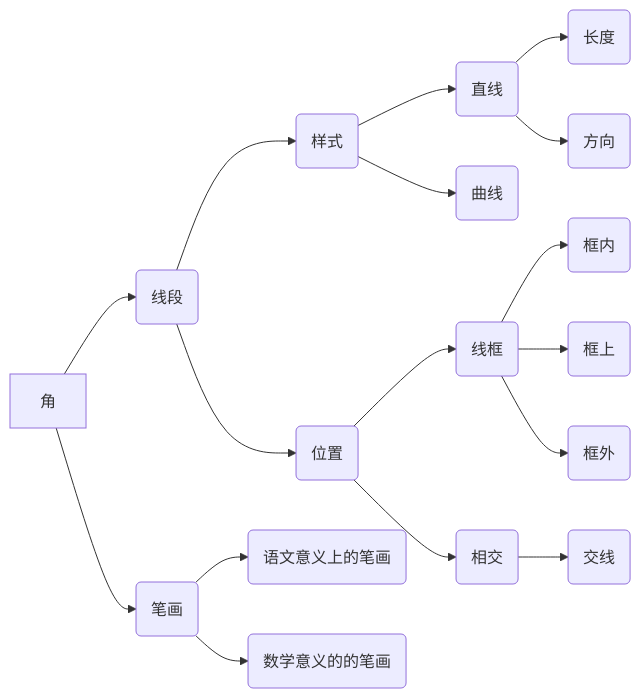
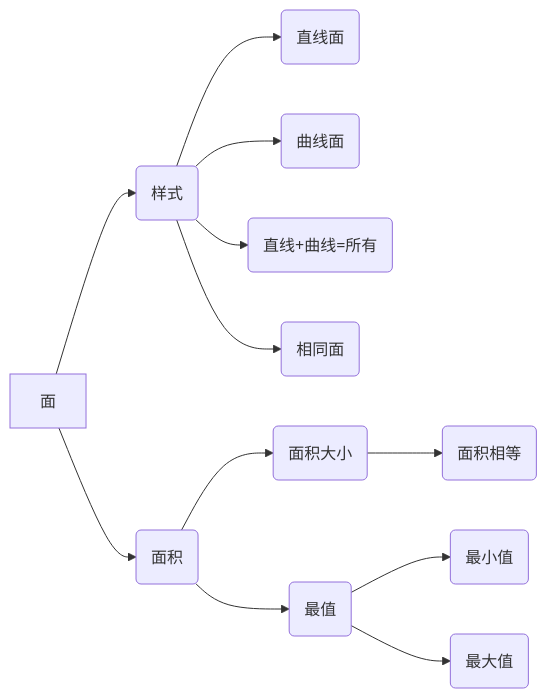
Before and after one commit to sunuanwuhou/ashore: the fourth of 6 diagrams in src/main/gongwu/xingce/爆发/4.判断推理.md, drawn with Mermaid. The commit also changed other lines of this file and 13 other files, not shown here.

````diff
--- a/src/main/gongwu/xingce/爆发/4.判断推理.md
+++ b/src/main/gongwu/xingce/爆发/4.判断推理.md
@@ -273,23 +317,19 @@
  ```mermaid
   
   graph LR
   
- A[角] -->B(线段)
+ A[面] -->C(样式)
 
-  B -->C(样式)
-  C --> C1(直线)
-  C1 --> C11(长度)
-  C1 --> C12(方向)
-  C --> C2(曲线) 
+
+  C --> C1(直线面)
+  C --> C2(曲线面)
+  C --> C3(直线+曲线=所有)
+  C --> C4(相同面)
   
- B --> D(位置)
-  D --> D1(线框)
-  D1 --> D11(框内)
-  D1 --> D12(框上)
-  D1 --> D13(框外)
-  D --> D2(相交)--> D21(交线)
+ A --> D(面积)
+  D --> D1(面积大小)--> D11(面积相等)
+  D --> D2(最值)
+  D2 --> D21(最小值)
+  D2 --> D22(最大值)
 
-  A --> E(笔画)
-  E --> E1(语文意义上的笔画)
-  E --> E2(数学意义的的笔画)
  ```
````
